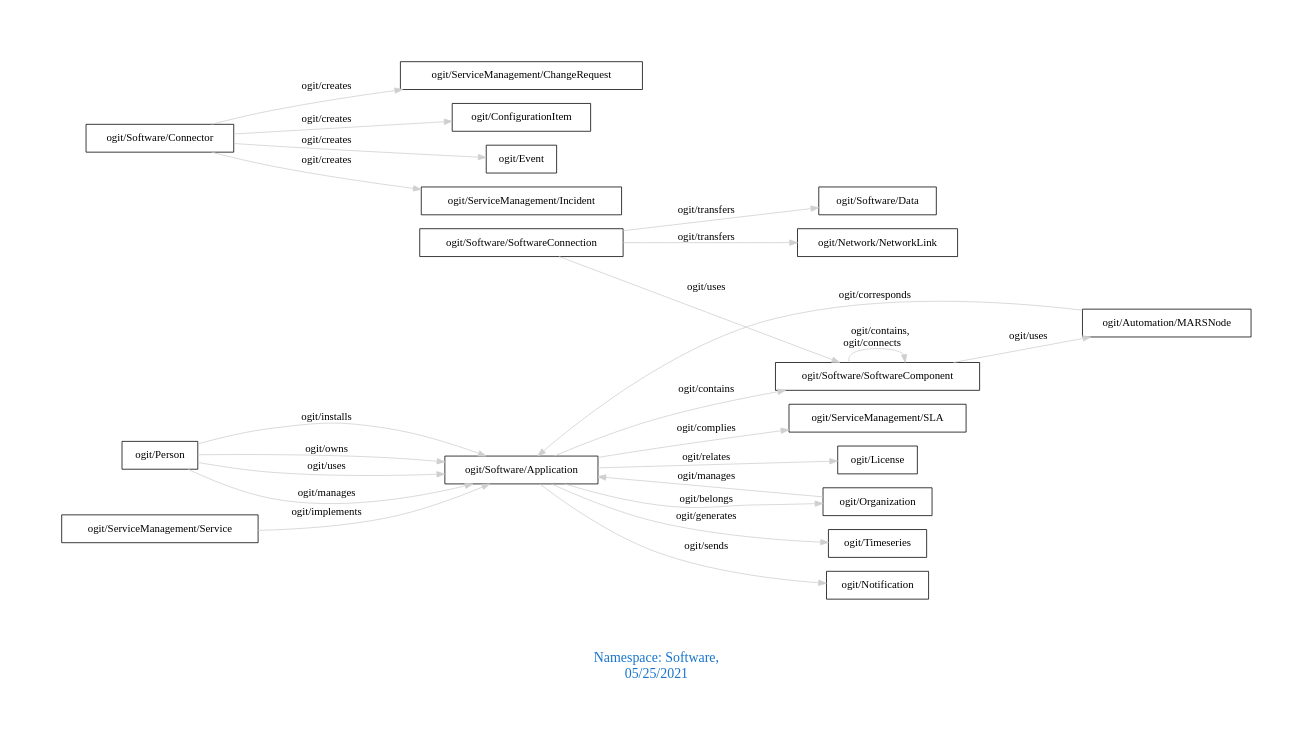
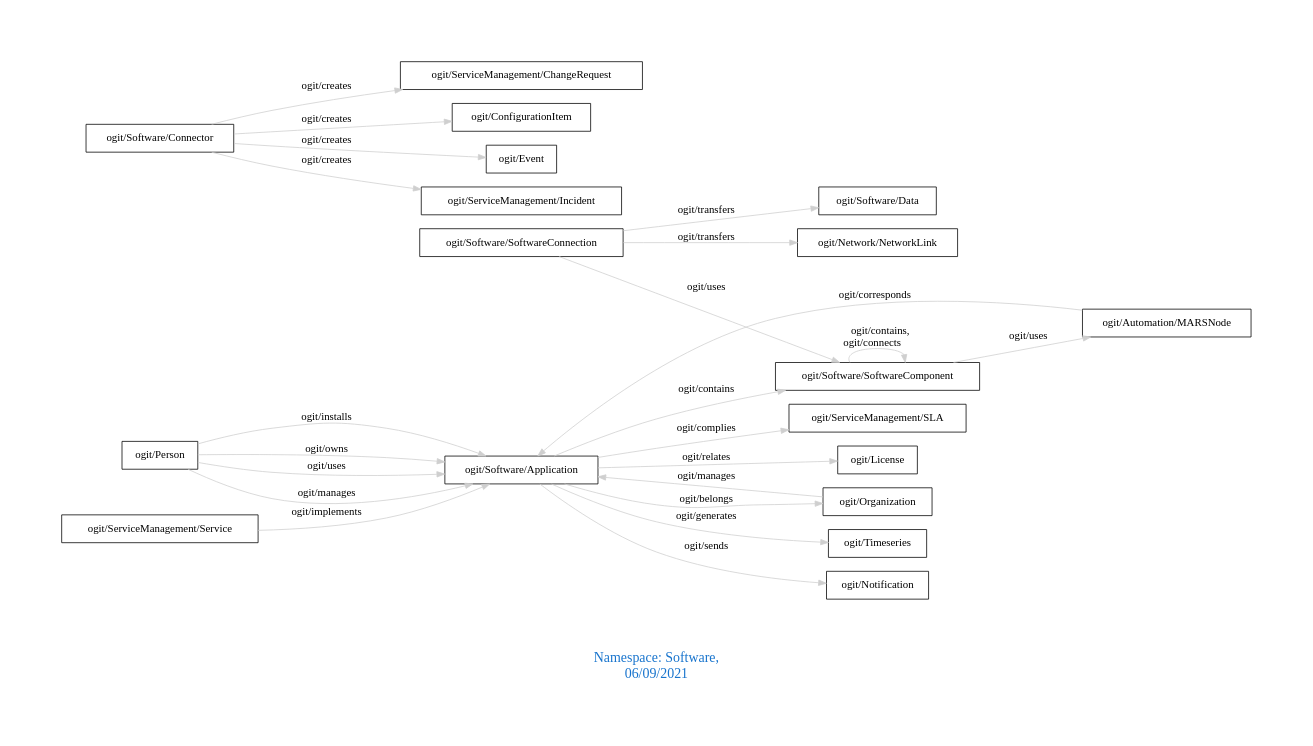
Before and after one commit to arago/OGIT: the diagram in downloads/Software.dot, drawn with Graphviz. The commit also changed 1909 other files, not shown here.

```diff
--- a/downloads/Software.dot
+++ b/downloads/Software.dot
@@ -1,30 +1,30 @@
 digraph OGIT_ontology {
  graph [ rankdir= LR,pad=1 
 fontsize = 18,
-fontcolor= dodgerblue3,label = "\n\n\nNamespace: Software, \n 05/25/2021"];
+fontcolor= dodgerblue3,label = "\n\n\nNamespace: Software, \n 06/09/2021"];
 node[shape=polygon];
 edge [  color="gray81"];
 
    "ogit/Software/Application" -> "ogit/Software/SoftwareComponent" [label="   ogit/contains    "];
    "ogit/Organization" -> "ogit/Software/Application" [label="   ogit/manages    "];
    "ogit/Person" -> "ogit/Software/Application" [label="   ogit/manages    "];
    "ogit/Software/Application" -> "ogit/Timeseries" [label="   ogit/generates    "];
    "ogit/Software/Application" -> "ogit/Notification" [label="   ogit/sends    "];
    "ogit/Software/Connector" -> "ogit/ServiceManagement/ChangeRequest" [label="   ogit/creates    "];
    "ogit/Software/Connector" -> "ogit/ConfigurationItem" [label="   ogit/creates    "];
    "ogit/Software/Connector" -> "ogit/Event" [label="   ogit/creates    "];
    "ogit/Software/Connector" -> "ogit/ServiceManagement/Incident" [label="   ogit/creates    "];
    "ogit/Software/Application" -> "ogit/ServiceManagement/SLA" [label="   ogit/complies    "];
    "ogit/Automation/MARSNode" -> "ogit/Software/Application" [label="   ogit/corresponds    "];
    "ogit/Person" -> "ogit/Software/Application" [label="   ogit/installs    "];
    "ogit/Software/SoftwareConnection" -> "ogit/Software/Data" [label="   ogit/transfers    "];
    "ogit/Software/SoftwareConnection" -> "ogit/Network/NetworkLink" [label="   ogit/transfers    "];
    "ogit/ServiceManagement/Service" -> "ogit/Software/Application" [label="   ogit/implements    "];
    "ogit/Person" -> "ogit/Software/Application" [label="   ogit/owns    "];
    "ogit/Software/Application" -> "ogit/Organization" [label="   ogit/belongs    "];
    "ogit/Software/SoftwareComponent" -> "ogit/Automation/MARSNode" [label="   ogit/uses    "];
    "ogit/Software/SoftwareConnection" -> "ogit/Software/SoftwareComponent" [label="   ogit/uses    "];
    "ogit/Person" -> "ogit/Software/Application" [label="   ogit/uses    "];
    "ogit/Software/Application" -> "ogit/License" [label="   ogit/relates    "];
    "ogit/Software/SoftwareComponent" -> "ogit/Software/SoftwareComponent" [label="   ogit/contains, \n ogit/connects    "];
 }
```
